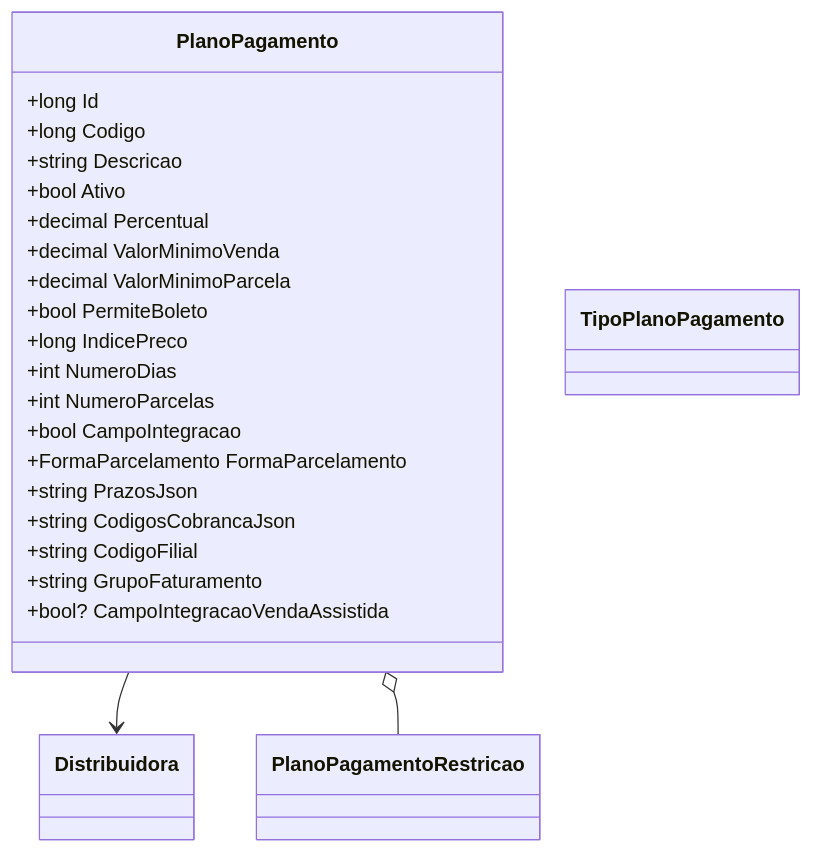
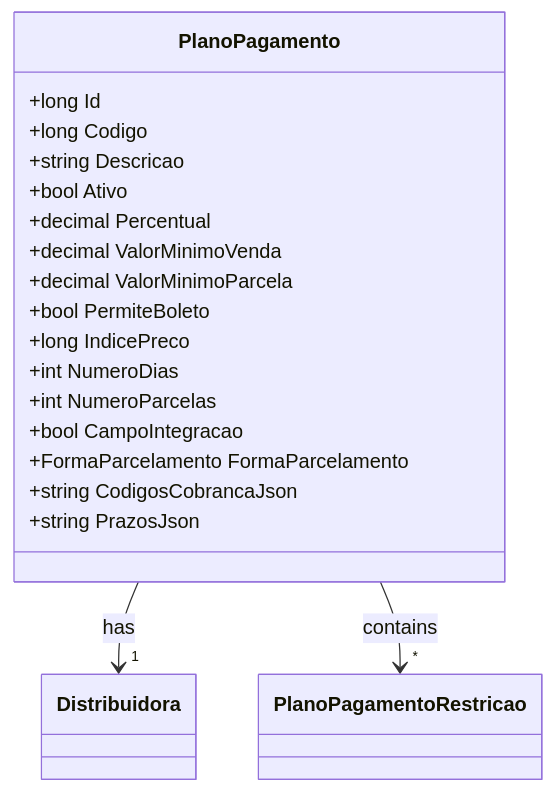
The second of 2 diagrams in docs/b2b-dominio/IsthmusWinthor.Nucleo/IsthmusWinthor.Dominio/Entidades/PlanoPagamento.md (IsthmusSistemas/documentacao-tecnica), drawn with Mermaid before and after one commit. The commit also changed other lines of this file and 882 other files, not shown here.

````diff
--- a/docs/b2b-dominio/IsthmusWinthor.Nucleo/IsthmusWinthor.Dominio/Entidades/PlanoPagamento.md
+++ b/docs/b2b-dominio/IsthmusWinthor.Nucleo/IsthmusWinthor.Dominio/Entidades/PlanoPagamento.md
@@ -45,30 +45,29 @@
 ```mermaid
 classDiagram
     class PlanoPagamento {
         +long Id
         +long Codigo
         +string Descricao
         +bool Ativo
         +decimal Percentual
         +decimal ValorMinimoVenda
         +decimal ValorMinimoParcela
         +bool PermiteBoleto
         +long IndicePreco
         +int NumeroDias
         +int NumeroParcelas
         +bool CampoIntegracao
         +FormaParcelamento FormaParcelamento
+        +string CodigosCobrancaJson
         +string PrazosJson
-        +string CodigosCobrancaJson
-        +string CodigoFilial
-        +string GrupoFaturamento
-        +bool? CampoIntegracaoVendaAssistida
+    }
+    
+    class Distribuidora {
     }
 
-    class Distribuidora
-    class PlanoPagamentoRestricao
-    class TipoPlanoPagamento
+    class PlanoPagamentoRestricao {
+    }
 
-    PlanoPagamento --> Distribuidora
-    PlanoPagamento o-- PlanoPagamentoRestricao
+    PlanoPagamento --> "1" Distribuidora : has
+    PlanoPagamento --> "*" PlanoPagamentoRestricao : contains
 ```
````
